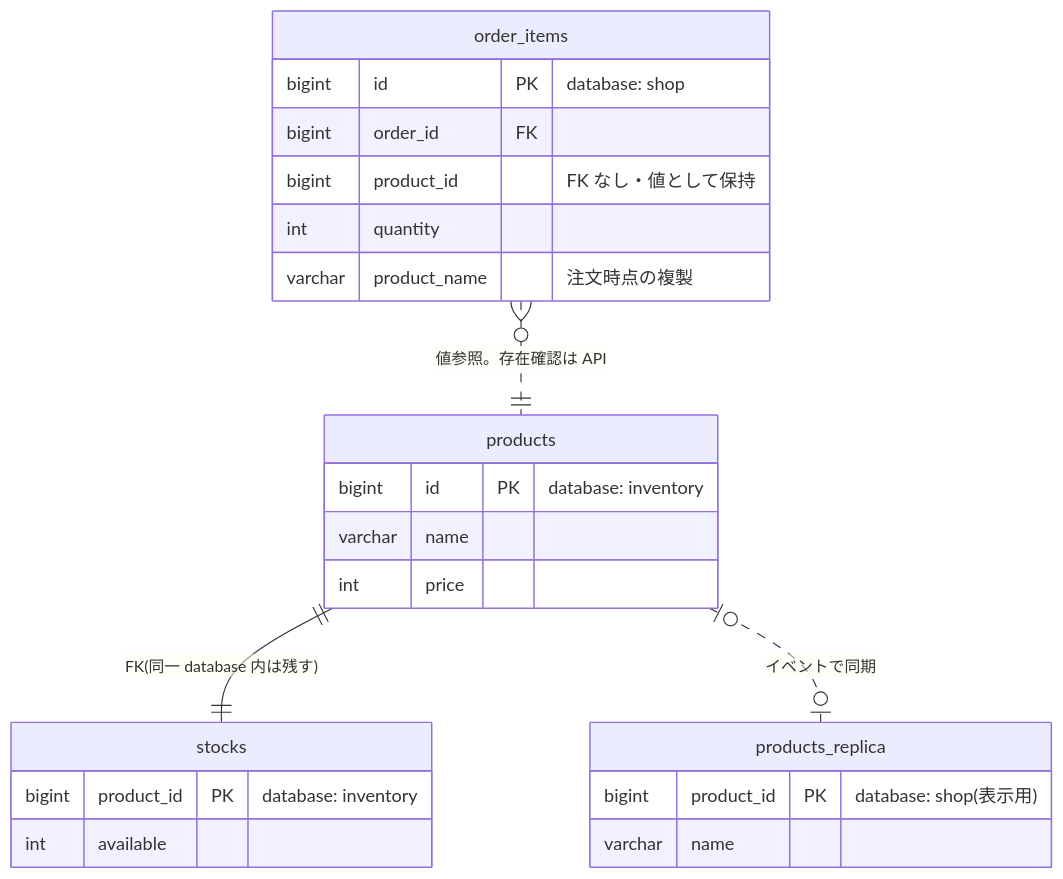
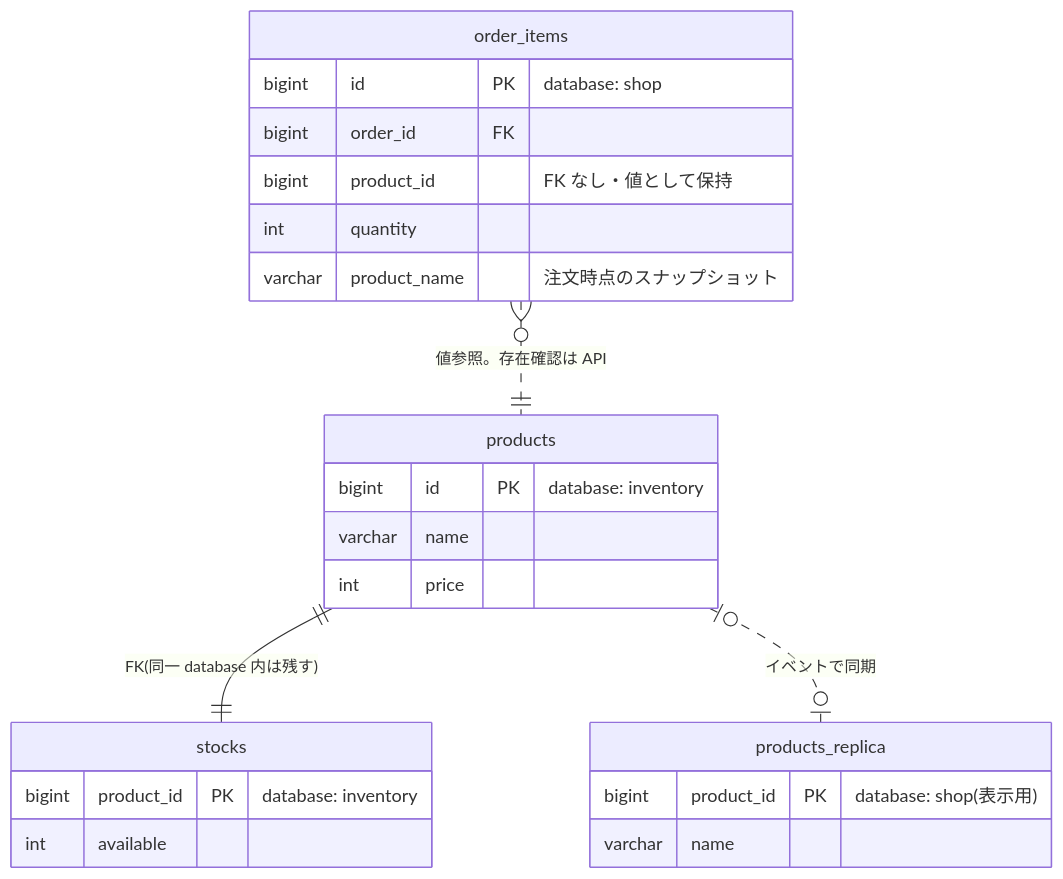
The fifth of 7 diagrams in src/content/blog/monolith-data-carving-three-stages.mdx (rikukaInoue/rikukadev), drawn with Mermaid before and after one commit. The commit also changed other lines of this file, not shown here.

````diff
--- a/src/content/blog/monolith-data-carving-three-stages.mdx
+++ b/src/content/blog/monolith-data-carving-three-stages.mdx
@@ -153,26 +153,26 @@
 ```mermaid
 erDiagram
     order_items {
         bigint id PK "database: shop"
         bigint order_id FK
         bigint product_id "FK なし・値として保持"
         int quantity
-        varchar product_name "注文時点の複製"
+        varchar product_name "注文時点のスナップショット"
     }
     products_replica {
         bigint product_id PK "database: shop(表示用)"
         varchar name
     }
     products {
         bigint id PK "database: inventory"
         varchar name
         int price
     }
     stocks {
         bigint product_id PK "database: inventory"
         int available
     }
     products ||--|| stocks : "FK(同一 database 内は残す)"
     products |o..o| products_replica : "イベントで同期"
     order_items }o..|| products : "値参照。存在確認は API"
 ```
````
